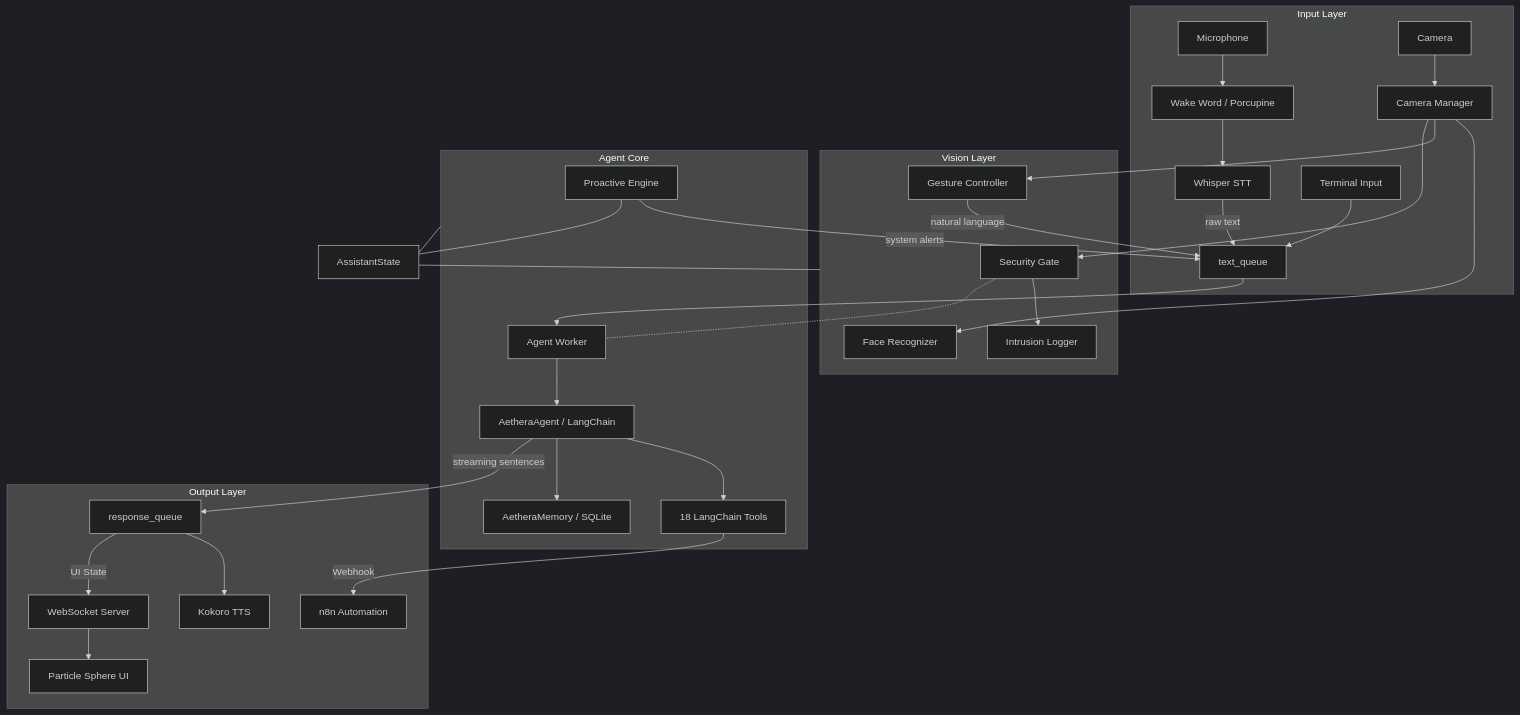
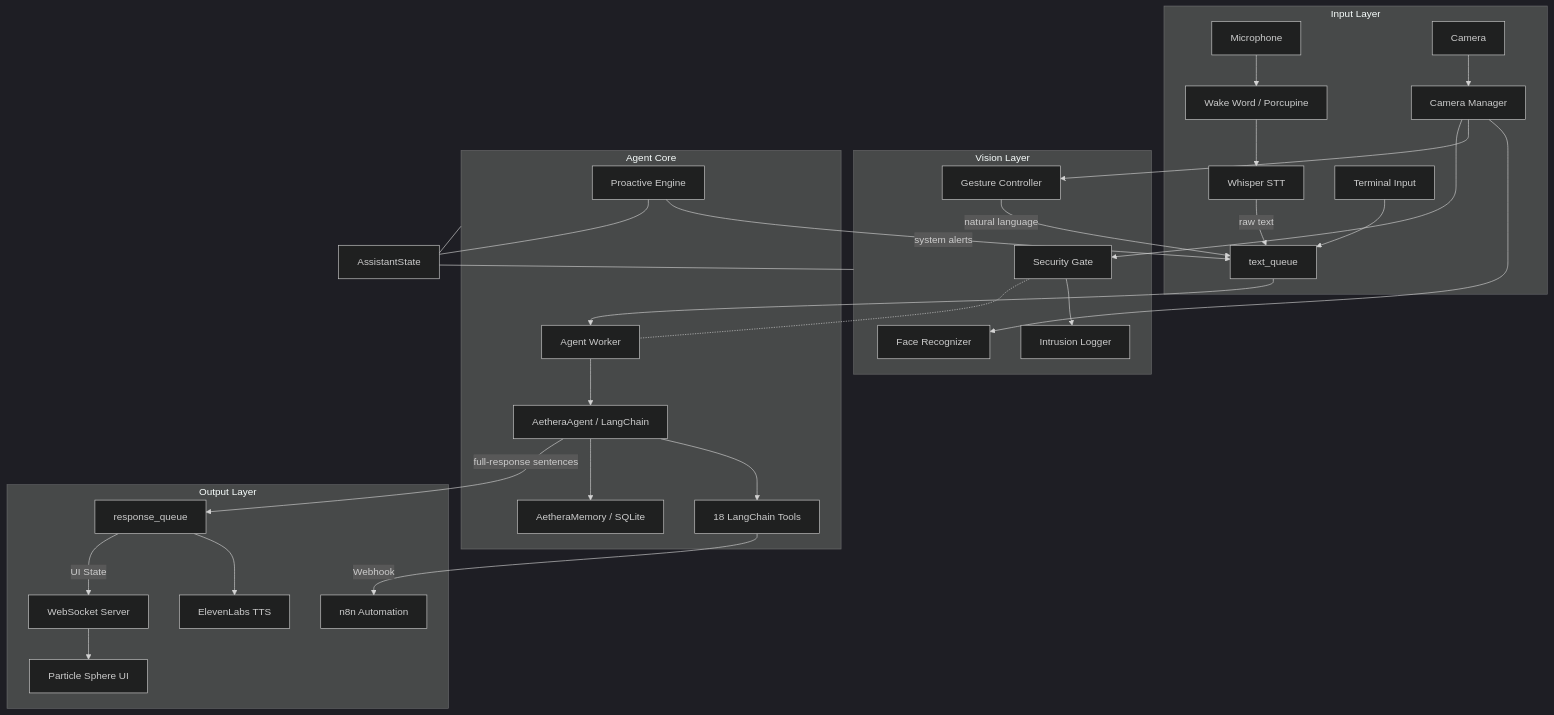
The diagram in README.md (SanujaRubasinghe/Aethera-The-Modular-Multi-Modal-Assistant), drawn with Mermaid (dark theme) before and after one commit. The commit also changed other lines of this file and 8 other files, not shown here.

Commit message:
integrate ElevenLabs TTS

````diff
--- a/README.md
+++ b/README.md
@@ -54,39 +55,39 @@
 ```mermaid
 graph TB
     subgraph InputLayer ["Input Layer"]
         Mic[Microphone] --> WW[Wake Word / Porcupine]
         WW --> STT[Whisper STT]
         Cam[Camera] --> CM[Camera Manager]
         Term[Terminal Input] --> TQ[text_queue]
     end
 
     subgraph VisionLayer ["Vision Layer"]
         CM --> FR[Face Recognizer]
         CM --> GC[Gesture Controller]
         CM --> SG[Security Gate]
         SG --> IL[Intrusion Logger]
     end
 
     subgraph AgentCore ["Agent Core"]
         STT -->|raw text| TQ
         GC -->|natural language| TQ
         PE[Proactive Engine] -->|system alerts| TQ
         TQ --> AW[Agent Worker]
         SG -.- AW
         AW --> Agent[AetheraAgent / LangChain]
         Agent --> Tools[18 LangChain Tools]
         Agent --> Mem[AetheraMemory / SQLite]
     end
 
     subgraph OutputLayer ["Output Layer"]
-        Agent -->|streaming sentences| RQ[response_queue]
-        RQ --> TTS[Kokoro TTS]
+        Agent -->|full-response sentences| RQ[response_queue]
+        RQ --> TTS[ElevenLabs TTS]
         Tools -->|Webhook| n8n[n8n Automation]
         RQ -->|UI State| WS[WebSocket Server]
         WS --> Vis[Particle Sphere UI]
     end
 
     S[AssistantState] --- AgentCore
     S --- VisionLayer
     PE --- S
 ```
````
